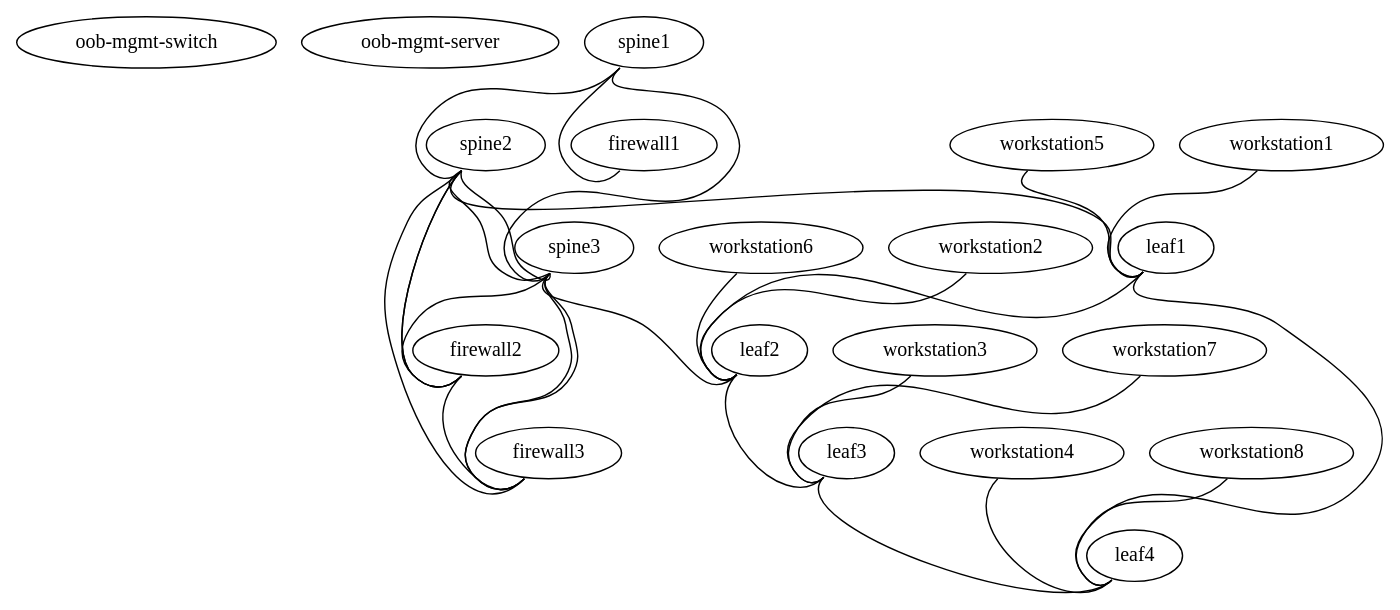
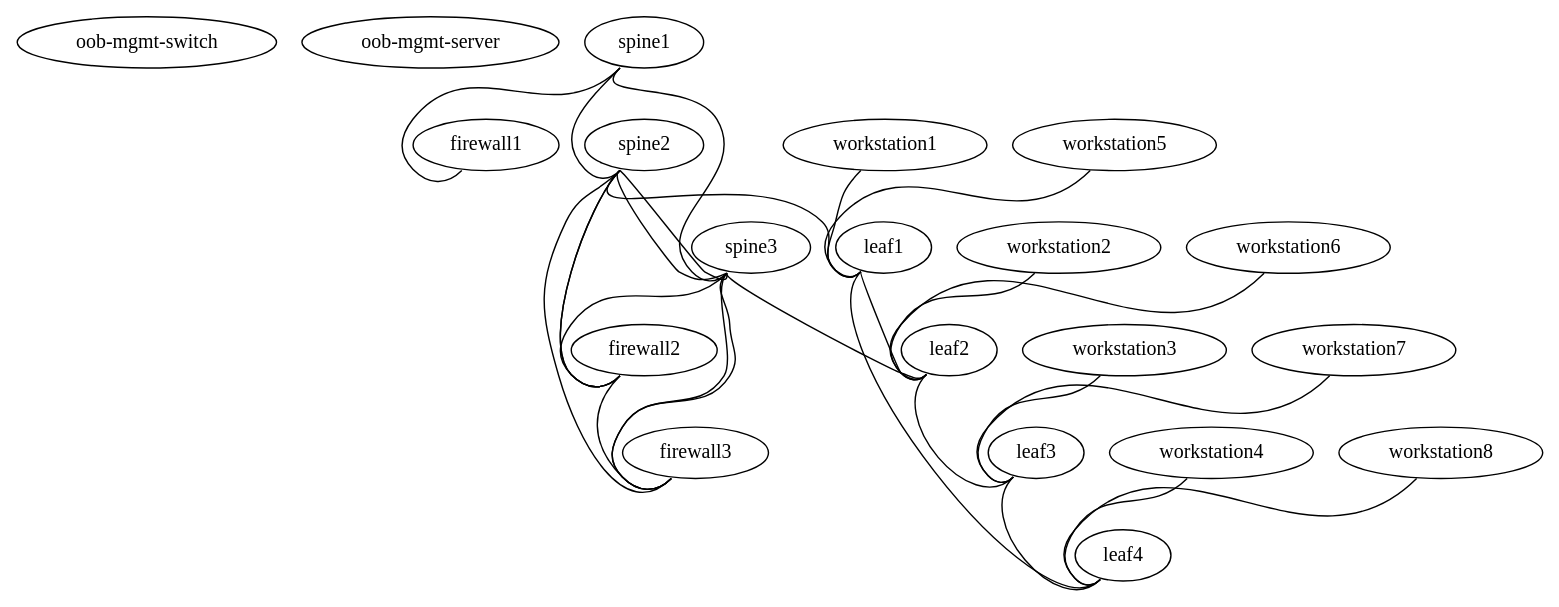
One commit to naturalis/oss-network-demo changed the diagram in demo.dot. Above: the diagram before and after it, drawn with Graphviz.

Commit message:
Add workstations

```diff
--- a/demo.dot
+++ b/demo.dot
@@ -1,53 +1,59 @@
 graph demo {
  "oob-mgmt-switch" [function="oob-switch" config="./helper_scripts/oob_switch_config.sh" mgmt_ip="192.168.200.100"]
  "oob-mgmt-server" [function="oob-server" mgmt_ip="192.168.200.254/24"]
 
  "firewall1" [function="fake"]
  "firewall2" [function="fake"]
  "firewall3" [function="fake"]
  "workstation1" [function="fake"]
  "workstation2" [function="fake"]
-
+ "workstation3" [function="fake"]
+ "workstation4" [function="fake"]
+ "workstation5" [function="fake"]
+ "workstation6" [function="fake"]
+ "workstation7" [function="fake"]
+ "workstation8" [function="fake"]
+ 
  "spine1" [function="spine" config="./helper_scripts/extra_switch_config.sh" mgmt_ip="192.168.200.1"]
  "spine2" [function="spine" config="./helper_scripts/extra_switch_config.sh" mgmt_ip="192.168.200.2"]
  "spine3" [function="spine" config="./helper_scripts/extra_switch_config.sh" mgmt_ip="192.168.200.3"]
   
  "leaf1" [function="leaf" config="./helper_scripts/extra_switch_config.sh" mgmt_ip="192.168.200.10"]
  "leaf2" [function="leaf" config="./helper_scripts/extra_switch_config.sh" mgmt_ip="192.168.200.20"]
  "leaf3" [function="leaf" config="./helper_scripts/extra_switch_config.sh" mgmt_ip="192.168.200.30"]
  "leaf4" [function="leaf" config="./helper_scripts/extra_switch_config.sh" mgmt_ip="192.168.200.40"]
 
    "spine1":"swp52" -- "firewall1":"swp1"
    "spine1":"swp1" -- "spine2":"swp52"
    "spine1":"swp2" -- "spine3":"swp52"
    
    "spine2":"swp45" -- "firewall2":"swp2"
    "spine2":"swp46" -- "firewall2":"swp3"
    "spine2":"swp47" -- "firewall3":"swp5"
       
    "spine3":"swp45" -- "firewall3":"swp2"
    "spine3":"swp46" -- "firewall2":"swp5"
    "spine3":"swp47" -- "firewall3":"swp3"
    
    "firewall2":"swp4" -- "firewall3":"swp4"
 
    "spine2":"swp49" -- "spine3":"swp49"
    "spine2":"swp50" -- "spine3":"swp50"
 
    "spine2":"swp1" -- "leaf1":"swp52"
    "spine3":"swp1" -- "leaf2":"swp52"
 
    "leaf1":"swp50" -- "leaf2":"swp50"
    "leaf3":"swp50" -- "leaf4":"swp50"
    "leaf1":"swp49" -- "leaf4":"swp52"
    "leaf2":"swp49" -- "leaf3":"swp52"
    
    "workstation1":"swp1" -- "leaf1":"swp1"
    "workstation2":"swp1" -- "leaf2":"swp1"
    "workstation3":"swp1" -- "leaf3":"swp1"
    "workstation4":"swp1" -- "leaf4":"swp1"
    "workstation5":"swp1" -- "leaf1":"swp2"
    "workstation6":"swp1" -- "leaf2":"swp2"
    "workstation7":"swp1" -- "leaf3":"swp2"
    "workstation8":"swp1" -- "leaf4":"swp2"
 }
```
